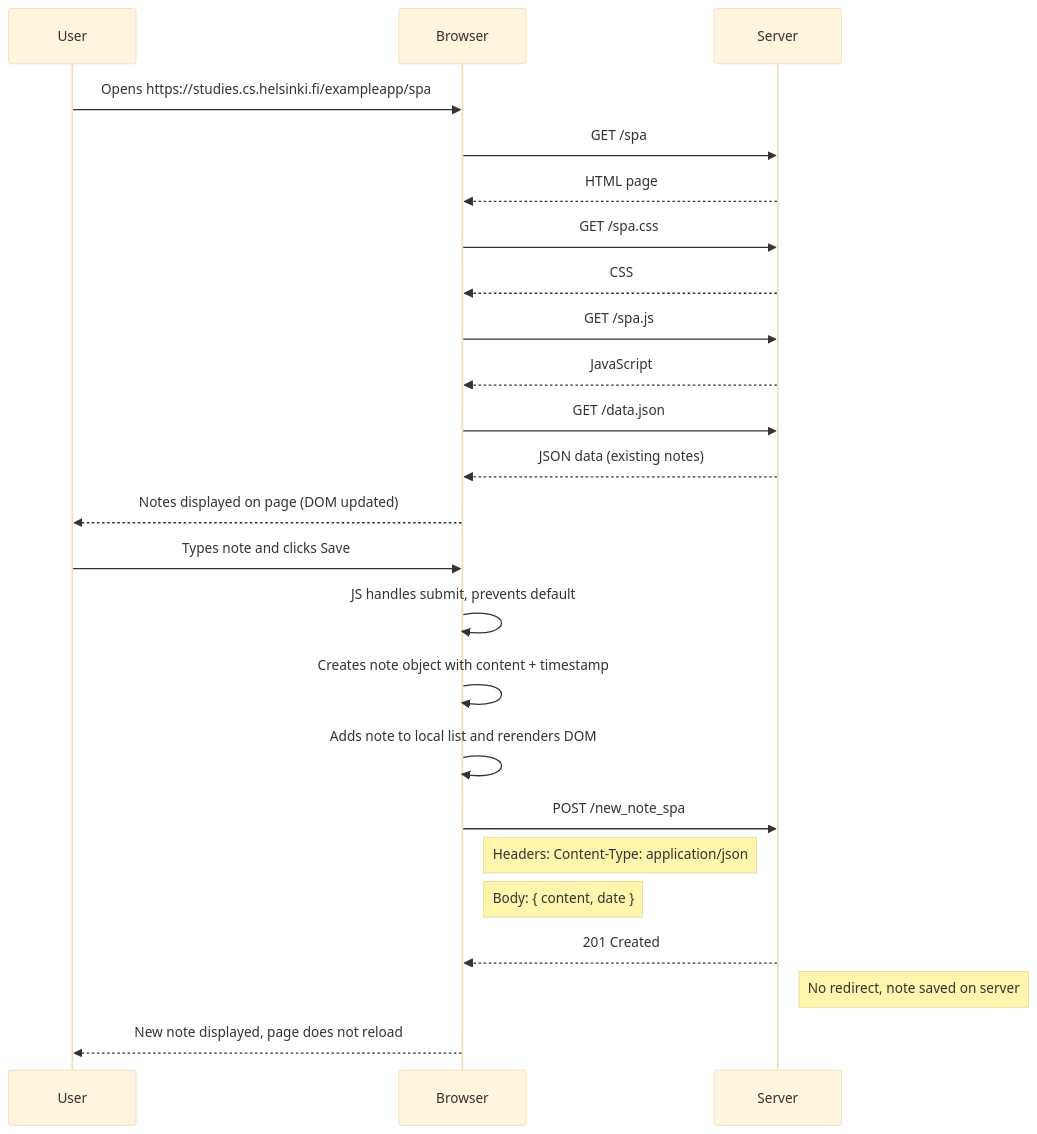
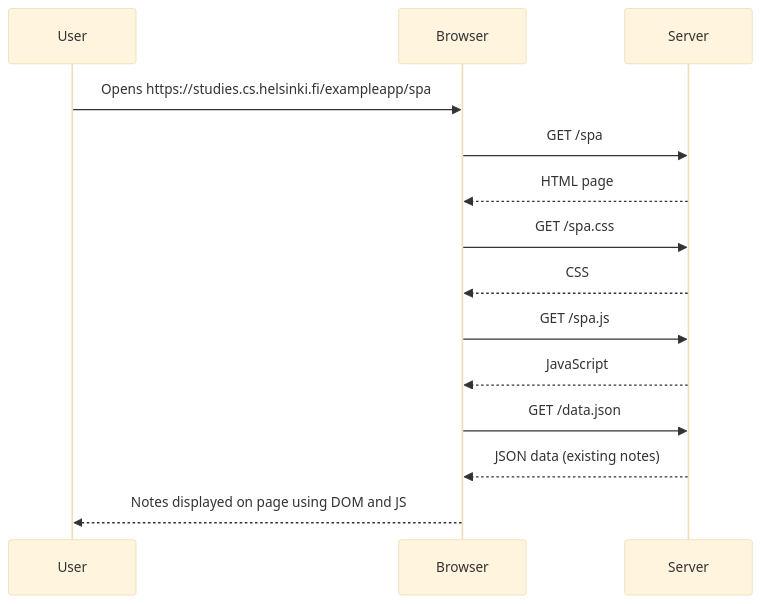
One commit to darelj13/FullStackWebDev2026 changed the diagram in part0/Ex 0.5.md. Above: the diagram before and after it, drawn with Mermaid (base theme).

Commit message:
Single page view updated diagram
Updated comments for clarity and removed unnecessary steps in the note addition process.

````diff
--- a/part0/Ex 0.5.md
+++ b/part0/Ex 0.5.md
@@ -1,40 +1,24 @@
 ```mermaid
 sequenceDiagram
     participant User
     participant Browser
     participant Server
 
-    %% User opens SPA Notes page
+    %% User opens the SPA Notes page
     User->>Browser: Opens https://studies.cs.helsinki.fi/exampleapp/spa
     Browser->>Server: GET /spa
     Server-->>Browser: HTML page
 
     %% Browser loads resources
     Browser->>Server: GET /spa.css
     Server-->>Browser: CSS
     Browser->>Server: GET /spa.js
     Server-->>Browser: JavaScript
     Browser->>Server: GET /data.json
     Server-->>Browser: JSON data (existing notes)
 
-    %% Browser renders notes via JS
-    Browser-->>User: Notes displayed on page (DOM updated)
+    %% Browser renders notes
+    Browser-->>User: Notes displayed on page using DOM and JS
 
-    %% User adds a new note
-    User->>Browser: Types note and clicks Save
-    Browser->>Browser: JS handles submit, prevents default
-    Browser->>Browser: Creates note object with content + timestamp
-    Browser->>Browser: Adds note to local list and rerenders DOM
-
-    %% Browser sends POST request
-    Browser->>Server: POST /new_note_spa
-    Note right of Browser: Headers: Content-Type: application/json
-    Note right of Browser: Body: { content, date }
-    Server-->>Browser: 201 Created
-    Note right of Server: No redirect, note saved on server
-
-
-    %% Page stays the same
-    Browser-->>User: New note displayed, page does not reload
     
 ```    
````
